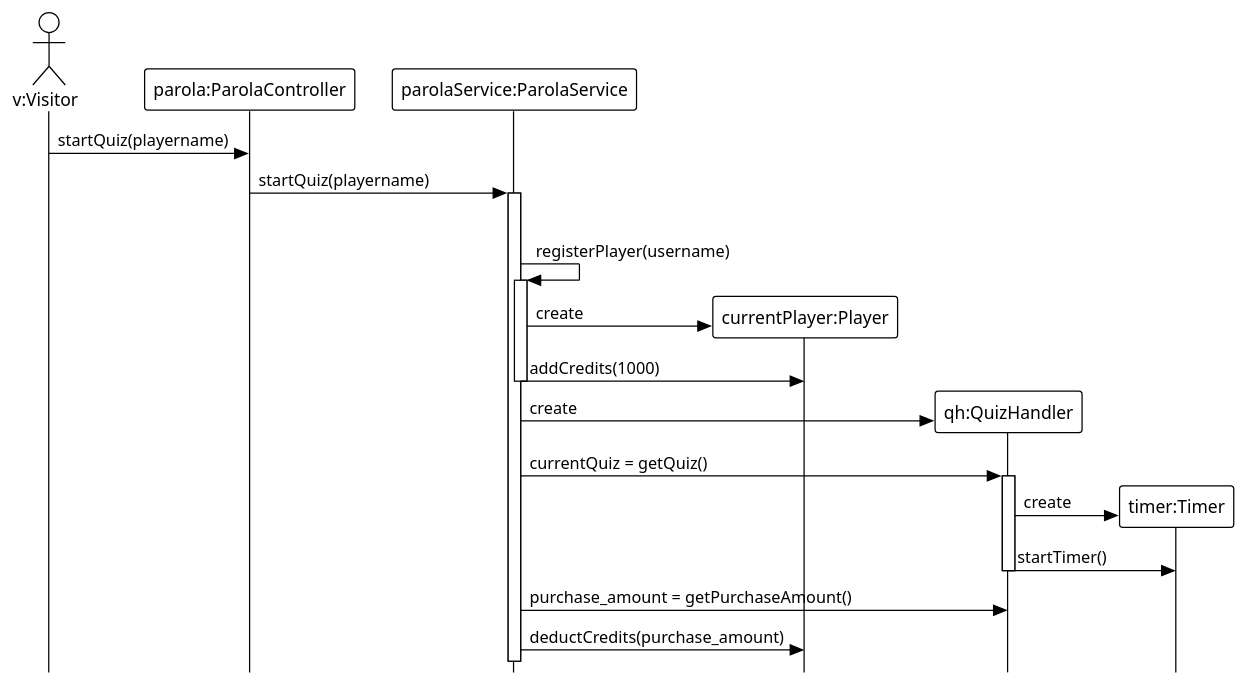
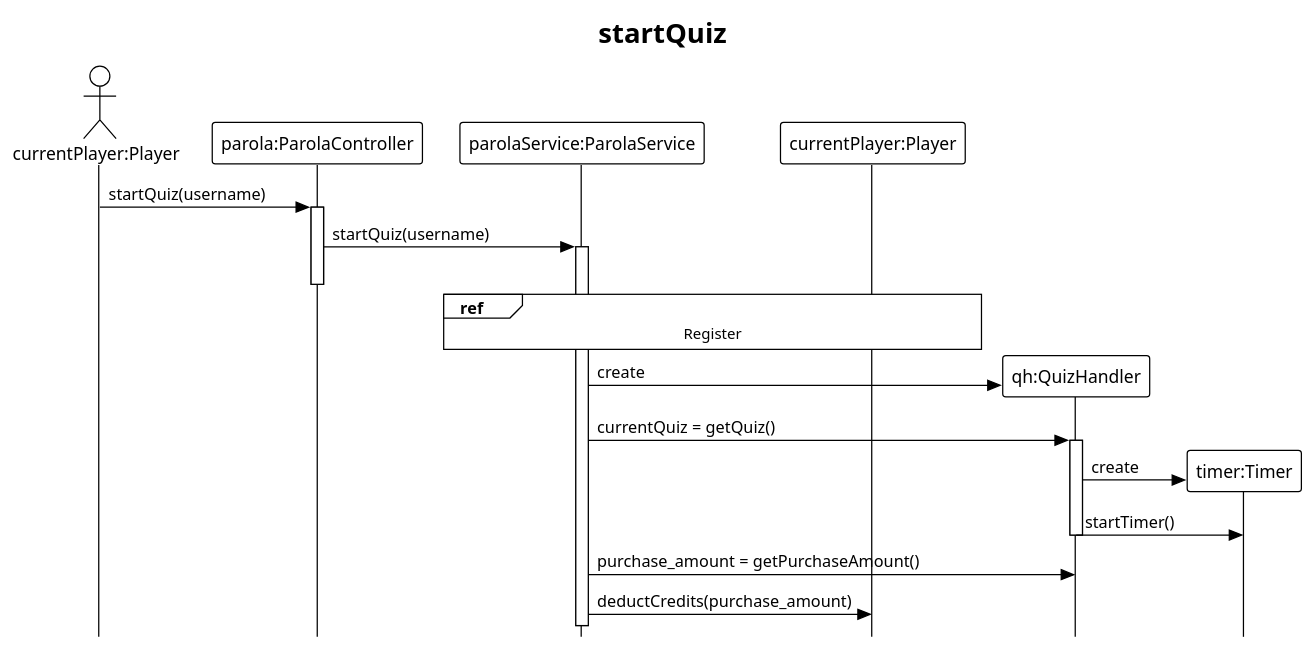
The diagram in diagrams/sd_startQuiz.puml (jchen2011/Parola), drawn with PlantUML before and after one commit. The commit also changed 21 other files, not shown here.

```diff
--- a/diagrams/sd_startQuiz.puml
+++ b/diagrams/sd_startQuiz.puml
@@ -1,25 +1,23 @@
 @startuml
 !theme plain
 skinparam style strictuml
 
-actor "v:Visitor" as visitor
+title startQuiz
 
-visitor -> "parola:ParolaController" : startQuiz(playername)
+actor "currentPlayer:Player" as player
 
-"parola:ParolaController" -> "parolaService:ParolaService" ++--: startQuiz(playername)
+player -> "parola:ParolaController" ++ : startQuiz(username)
 
-"parolaService:ParolaService" -> "parolaService:ParolaService" ++ : registerPlayer(username)
-"parolaService:ParolaService" -> "currentPlayer:Player" ** :create
-"parolaService:ParolaService" -> "currentPlayer:Player" -- : addCredits(1000)
-
+"parola:ParolaController" -> "parolaService:ParolaService" ++--: startQuiz(username)
+ref over "parolaService:ParolaService", "currentPlayer:Player" :Register
 "parolaService:ParolaService" -> "qh:QuizHandler" ** : create
 "parolaService:ParolaService" -> "qh:QuizHandler" ++: currentQuiz = getQuiz()
 "qh:QuizHandler" -> "timer:Timer" ** : create
 "qh:QuizHandler"-> "timer:Timer" --: startTimer()
 
 "parolaService:ParolaService" -> "qh:QuizHandler" : purchase_amount = getPurchaseAmount()
 
 "parolaService:ParolaService" -> "currentPlayer:Player" : deductCredits(purchase_amount)
 
 
 @enduml
```
